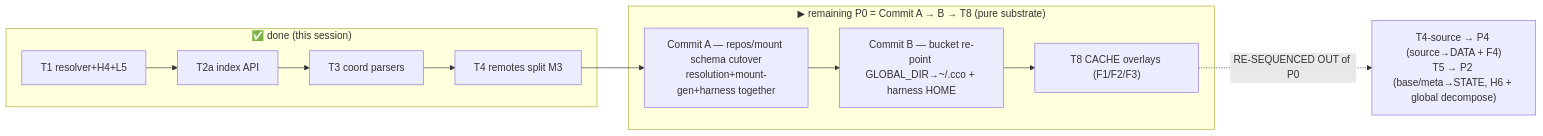
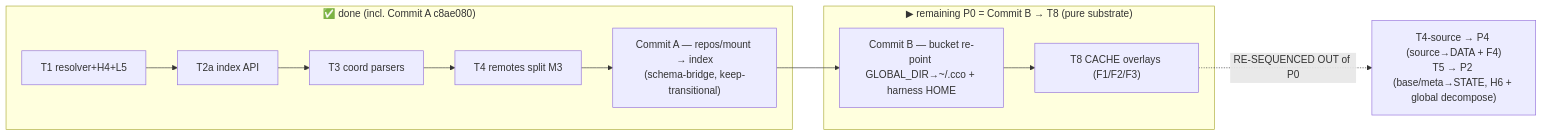
Before and after one commit to alergyonthestage/claude-orchestrator: the diagram in docs/maintainer/configuration/decentralized-config/Z-handoff-p0-resume.md, drawn with Mermaid. The commit also changed other lines of this file and 3 other files, not shown here.

````diff
--- a/docs/maintainer/configuration/decentralized-config/Z-handoff-p0-resume.md
+++ b/docs/maintainer/configuration/decentralized-config/Z-handoff-p0-resume.md
@@ -23,13 +24,12 @@
 ```mermaid
 flowchart LR
-  subgraph done["✅ done (this session)"]
-    T1["T1 resolver+H4+L5"] --> T2a["T2a index API"] --> T3["T3 coord parsers"] --> T4r["T4 remotes split M3"]
+  subgraph done["✅ done (incl. Commit A c8ae080)"]
+    T1["T1 resolver+H4+L5"] --> T2a["T2a index API"] --> T3["T3 coord parsers"] --> T4r["T4 remotes split M3"] --> CA["Commit A — repos/mount → index<br/>(schema-bridge, keep-transitional)"]
   end
-  subgraph next["▶ remaining P0 = Commit A → B → T8 (pure substrate)"]
-    CA["Commit A — repos/mount schema cutover<br/>resolution+mount-gen+harness together"]
-    CA --> CB["Commit B — bucket re-point GLOBAL_DIR→~/.cco + harness HOME"]
+  subgraph next["▶ remaining P0 = Commit B → T8 (pure substrate)"]
+    CB["Commit B — bucket re-point GLOBAL_DIR→~/.cco + harness HOME"]
     CB --> T8["T8 CACHE overlays (F1/F2/F3)"]
   end
-  T4r --> CA
+  CA --> CB
   T8 -. "RE-SEQUENCED OUT of P0" .-> later["T4-source → P4 (source→DATA + F4)<br/>T5 → P2 (base/meta→STATE, H6 + global decompose)"]
 ```
````
